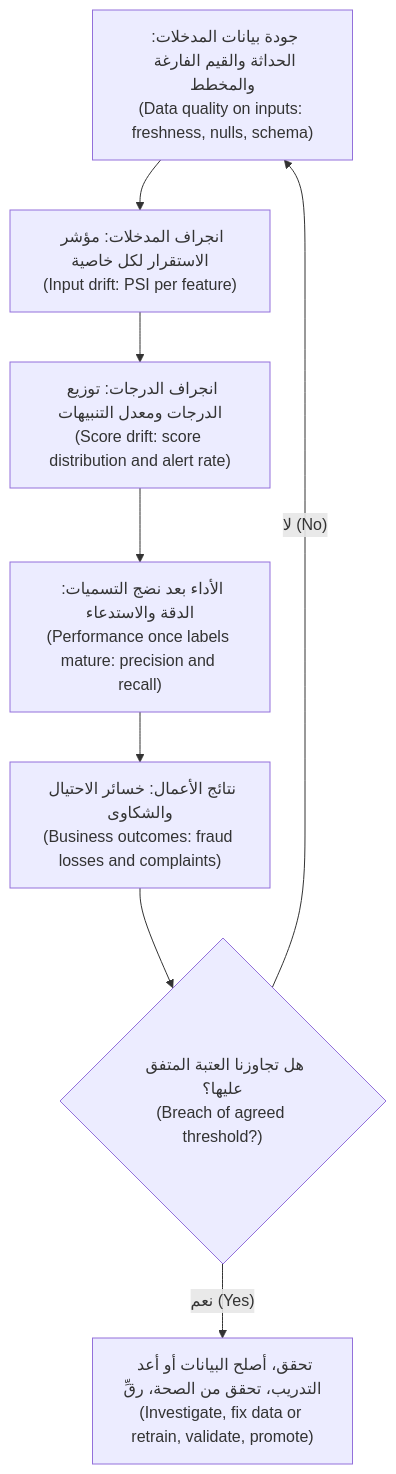
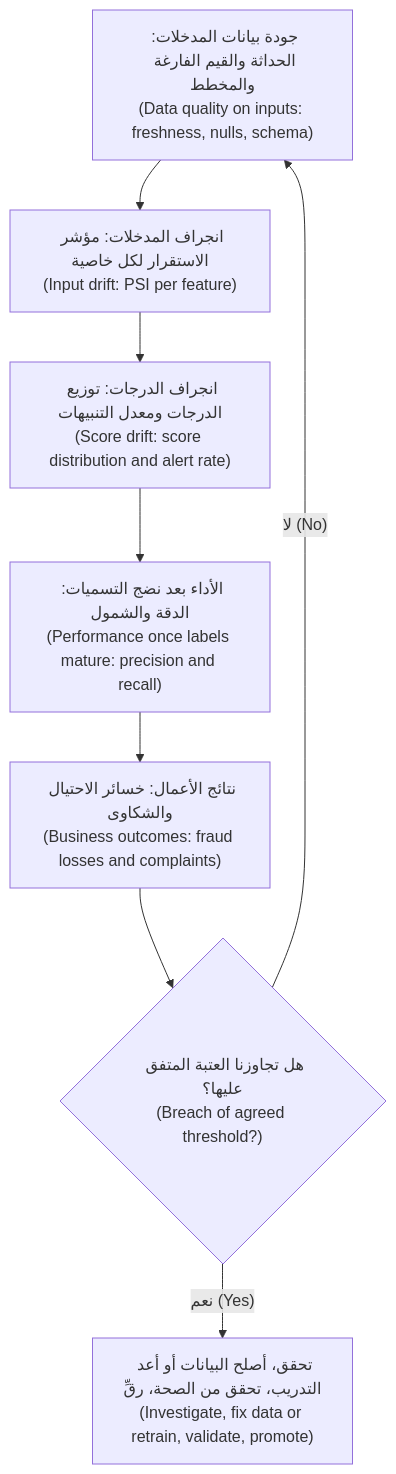
Before and after one commit to Tamoura/system-design-for-vibe-coders: the second of 3 diagrams in data/modules/05-ml.ar.md, drawn with Mermaid. The commit also changed other lines of this file and 551 other files, not shown here.

````diff
--- a/data/modules/05-ml.ar.md
+++ b/data/modules/05-ml.ar.md
@@ -374,10 +374,10 @@
 ```mermaid
 flowchart TD
   A["جودة بيانات المدخلات: الحداثة والقيم الفارغة والمخطط<br/>(Data quality on inputs: freshness, nulls, schema)"] --> B["انجراف المدخلات: مؤشر الاستقرار لكل خاصية<br/>(Input drift: PSI per feature)"]
   B --> C["انجراف الدرجات: توزيع الدرجات ومعدل التنبيهات<br/>(Score drift: score distribution and alert rate)"]
-  C --> D["الأداء بعد نضج التسميات: الدقة والاستدعاء<br/>(Performance once labels mature: precision and recall)"]
+  C --> D["الأداء بعد نضج التسميات: الدقة والشمول<br/>(Performance once labels mature: precision and recall)"]
   D --> E["نتائج الأعمال: خسائر الاحتيال والشكاوى<br/>(Business outcomes: fraud losses and complaints)"]
   E --> F{"هل تجاوزنا العتبة المتفق عليها؟<br/>(Breach of agreed threshold?)"}
   F -->|"نعم (Yes)"| G["تحقق، أصلح البيانات أو أعد التدريب، تحقق من الصحة، رقِّ<br/>(Investigate, fix data or retrain, validate, promote)"]
   F -->|"لا (No)"| A
 ```
````
